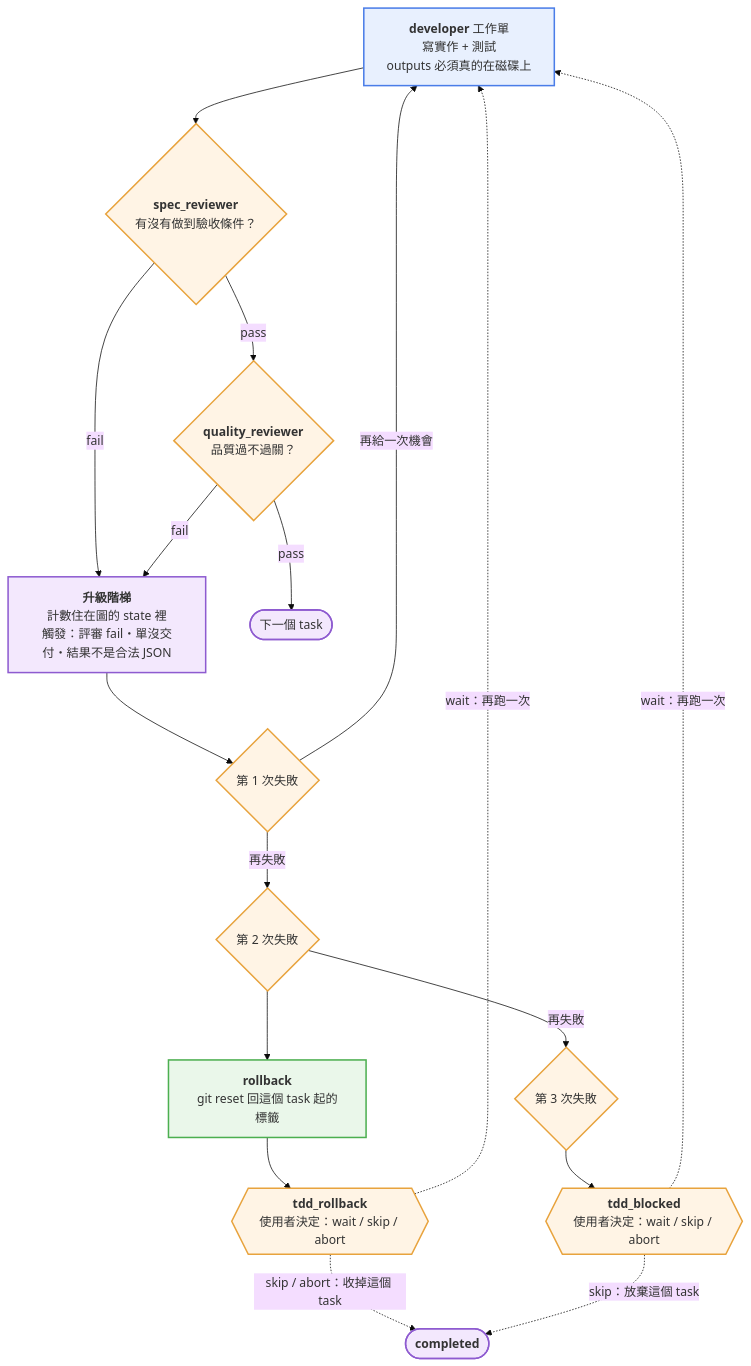
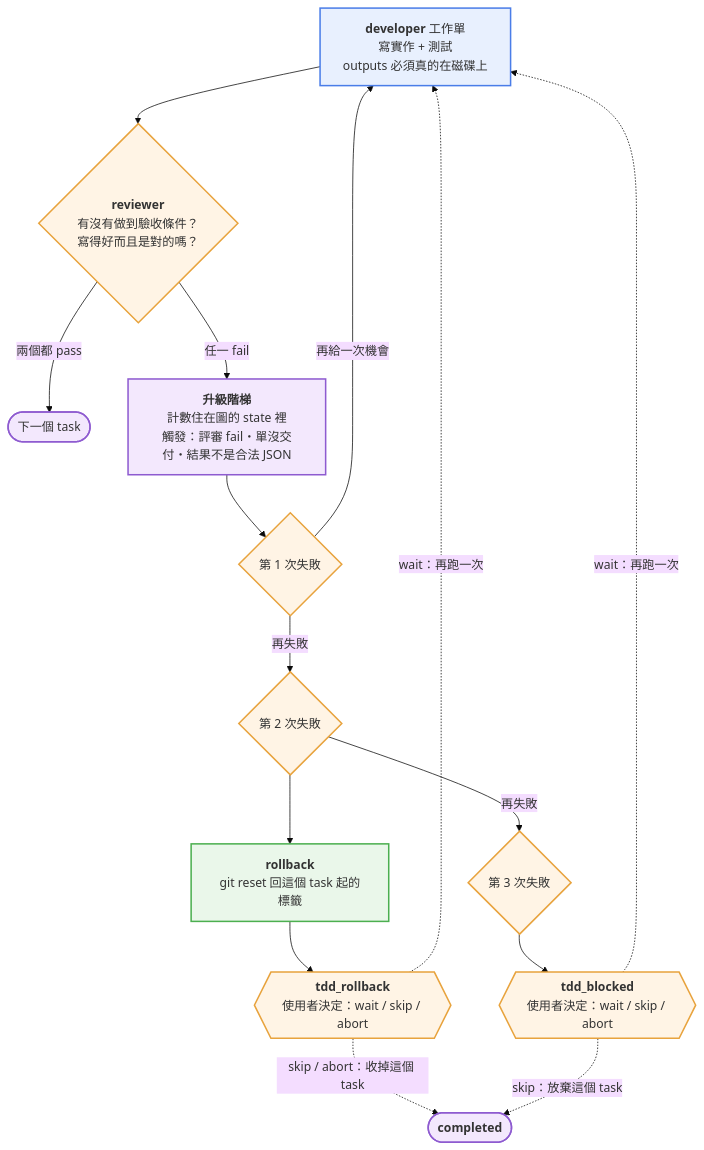
The second of 3 diagrams in README.md (sukunwei/frontend-sdd-agent), drawn with Mermaid (base theme) before and after one commit. The commit also changed other lines of this file and 50 other files, not shown here.

````diff
--- a/README.md
+++ b/README.md
@@ -285,39 +299,35 @@
 ```mermaid
 flowchart TD
   DEV["<b>developer</b> 工作單<br/>寫實作 + 測試<br/>outputs 必須真的在磁碟上"]
   DEV --> REV1
 
-  REV1{"<b>spec_reviewer</b><br/>有沒有做到驗收條件？"}
-  REV1 -->|pass| REV2
-  REV1 -->|fail| LAD
-
-  REV2{"<b>quality_reviewer</b><br/>品質過不過關？"}
-  REV2 -->|pass| NEXT(["下一個 task"])
-  REV2 -->|fail| LAD
+  REV1{"<b>reviewer</b><br/>有沒有做到驗收條件？<br/>寫得好而且是對的嗎？"}
+  REV1 -->|兩個都 pass| NEXT(["下一個 task"])
+  REV1 -->|任一 fail| LAD
 
   LAD["<b>升級階梯</b><br/>計數住在圖的 state 裡<br/>觸發：評審 fail・單沒交付・結果不是合法 JSON"]
   LAD --> A1{"第 1 次失敗"}
   A1 -->|"再給一次機會"| DEV
   A1 -->|"再失敗"| A2{"第 2 次失敗"}
   A2 -->|"再失敗"| A3{"第 3 次失敗"}
 
   A2 --> RB["<b>rollback</b><br/>git reset 回這個 task 起的標籤"]
   RB --> RBQ{{"<b>tdd_rollback</b><br/>使用者決定：wait / skip / abort"}}
 
   A3 --> BLQ{{"<b>tdd_blocked</b><br/>使用者決定：wait / skip / abort"}}
 
   RBQ -.->|"wait：再跑一次"| DEV
   RBQ -.->|"skip / abort：收掉這個 task"| DONE(["<b>completed</b>"])
   BLQ -.->|"wait：再跑一次"| DEV
   BLQ -.->|"skip：放棄這個 task"| DONE
 
   classDef gate fill:#fff4e5,stroke:#e8a33d,stroke-width:2px
   classDef work fill:#e8f0fe,stroke:#4a7de8,stroke-width:2px
   classDef det fill:#eaf7ea,stroke:#4caf50,stroke-width:2px
   classDef term fill:#f3e8fd,stroke:#8e5bd0,stroke-width:2px
 
   class REV1,REV2,A1,A2,A3,RBQ,BLQ gate
   class DEV work
   class RB det
   class LAD,NEXT,DONE term
 ```
````
